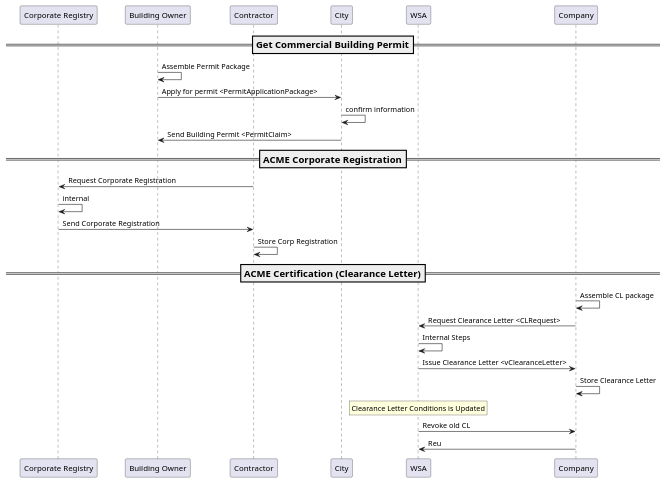
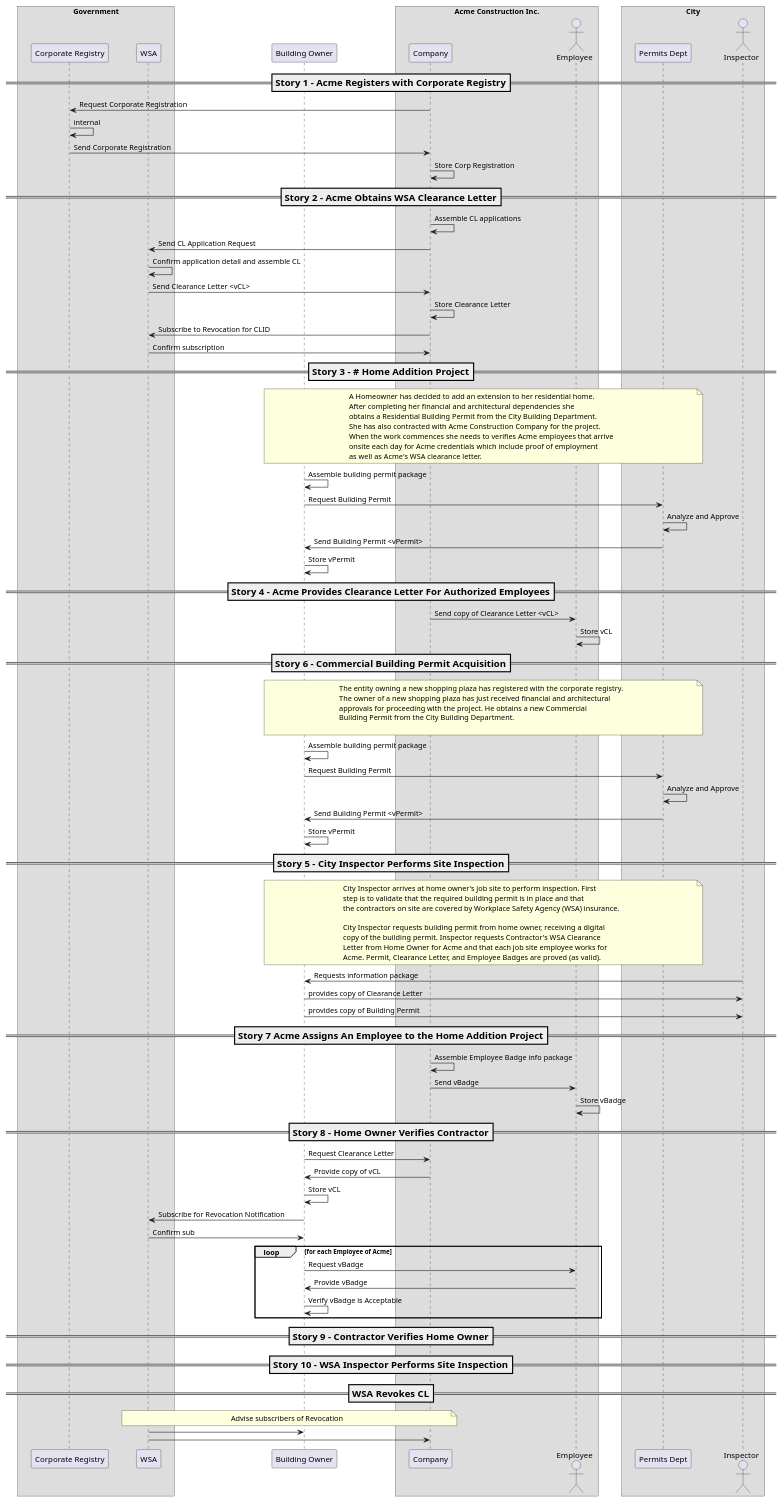
One commit to decentralized-identity/integrations changed the diagram in Permits and Licences/Construction Ecosystem/InteractionDiagrams.puml. Above: the diagram before and after it, drawn with PlantUML.

Commit message:
interaction diag updates

```diff
--- a/Permits and Licences/Construction Ecosystem/InteractionDiagrams.puml
+++ b/Permits and Licences/Construction Ecosystem/InteractionDiagrams.puml
@@ -1,44 +1,139 @@
 @startuml
 skinparam ParticipantPadding 20
 skinparam BoxPadding 20
 
-=== Get Commercial Building Permit ==
-participant "Corporate Registry" as Registry
+box "Government"
+  participant "Corporate Registry" as Registry
+  participant "WSA" as WSA
+endbox
 participant "Building Owner" as Owner
-participant "Contractor" as Acme
-participant "City" as City
-participant "WSA" as WSA
 
-note left
 
-end note
+box "Acme Construction Inc."
+  participant "Company" as Acme
+  actor "Employee" as Employee
+endbox
 
-Owner -> Owner: Assemble Permit Package
-Owner -> City: Apply for permit <PermitApplicationPackage>
-City  -> City: confirm information
-City -> Owner: Send Building Permit <PermitClaim>
+box "City"
+  participant "Permits Dept" as City
+  actor "Inspector" as Inspector
+endbox
 
-=== ACME Corporate Registration ==
+
+
+
+=== Story 1 - Acme Registers with Corporate Registry ==
 Acme -> Registry: Request Corporate Registration
 Registry -> Registry: internal
 Registry -> Acme: Send Corporate Registration
 Acme -> Acme: Store Corp Registration
 
 
 
 
-=== ACME Certification (Clearance Letter) ==
-Company -> Company: Assemble CL package
-Company -> WSA: Request Clearance Letter <CLRequest>
-WSA -> WSA: Internal Steps
-WSA -> Company: Issue Clearance Letter <vClearanceLetter>
-Company -> Company: Store Clearance Letter
-rnote over WSA
-  Clearance Letter Conditions is Updated
-endrnote
 
-WSA -> Company: Revoke old CL
 
-Company -> WSA: Reu
+=== Story 2 - Acme Obtains WSA Clearance Letter ==
+
+Acme -> Acme: Assemble CL applications
+Acme -> WSA: Send CL Application Request
+WSA -> WSA: Confirm application detail and assemble CL
+WSA -> Acme: Send Clearance Letter <vCL>
+Acme -> Acme: Store Clearance Letter
+Acme -> WSA: Subscribe to Revocation for CLID
+WSA -> Acme: Confirm subscription
+
+
+
+
+=== Story 3 - # Home Addition Project ==
+note over Owner, City
+  A Homeowner has decided to add an extension to her residential home.
+  After completing her financial and architectural dependencies she
+  obtains a Residential Building Permit from the City Building Department.
+  She has also contracted with Acme Construction Company for the project.
+  When the work commences she needs to verifies Acme employees that arrive
+  onsite each day for Acme credentials which include proof of employment
+  as well as Acme's WSA clearance letter.
+end note
+
+Owner -> Owner: Assemble building permit package
+Owner -> City: Request Building Permit
+City -> City: Analyze and Approve
+City -> Owner: Send Building Permit <vPermit>
+Owner -> Owner: Store vPermit
+
+
+
+=== Story 4 - Acme Provides Clearance Letter For Authorized Employees ==
+Acme -> Employee: Send copy of Clearance Letter <vCL>
+Employee -> Employee: Store vCL
+
+
+
+=== Story 6 - Commercial Building Permit Acquisition==
+note over Owner, City
+The entity owning a new shopping plaza has registered with the corporate registry.
+The owner of a new shopping plaza has just received financial and architectural
+approvals for proceeding with the project. He obtains a new Commercial
+Building Permit from the City Building Department.
+
+end note
+Owner -> Owner: Assemble building permit package
+Owner -> City: Request Building Permit
+City -> City: Analyze and Approve
+City -> Owner: Send Building Permit <vPermit>
+Owner -> Owner: Store vPermit
+
+=== Story 5 - City Inspector Performs Site Inspection ==
+note over Owner, City
+  City Inspector arrives at home owner's job site to perform inspection. First
+  step is to validate that the required building permit is in place and that
+  the contractors on site are covered by Workplace Safety Agency (WSA) insurance.
+
+  City Inspector requests building permit from home owner, receiving a digital
+  copy of the building permit. Inspector requests Contractor's WSA Clearance
+  Letter from Home Owner for Acme and that each job site employee works for
+  Acme. Permit, Clearance Letter, and Employee Badges are proved (as valid).
+end note
+
+Inspector -> Owner: Requests information package
+Owner -> Inspector: provides copy of Clearance Letter
+Owner -> Inspector: provides copy of Building Permit
+
+
+
+
+=== Story 7 Acme Assigns An Employee to the Home Addition Project ==
+Acme -> Acme: Assemble Employee Badge info package
+Acme -> Employee: Send vBadge
+Employee -> Employee: Store vBadge
+
+
+=== Story 8 - Home Owner Verifies Contractor ==
+Owner -> Acme: Request Clearance Letter
+Acme -> Owner: Provide copy of vCL
+Owner -> Owner: Store vCL
+Owner -> WSA: Subscribe for Revocation Notification
+WSA -> Owner: Confirm sub
+loop for each Employee of Acme
+  Owner-> Employee: Request vBadge
+  Employee -> Owner: Provide vBadge
+  Owner -> Owner: Verify vBadge is Acceptable
+end
+
+=== Story 9 - Contractor Verifies Home Owner ==
+
+
+=== Story 10 - WSA Inspector Performs Site Inspection ==
+
+
+=== WSA Revokes CL ==
+note over WSA, Acme
+  Advise subscribers of Revocation
+end note
+
+WSA -> Owner
+WSA -> Acme
 
 @enduml
```
